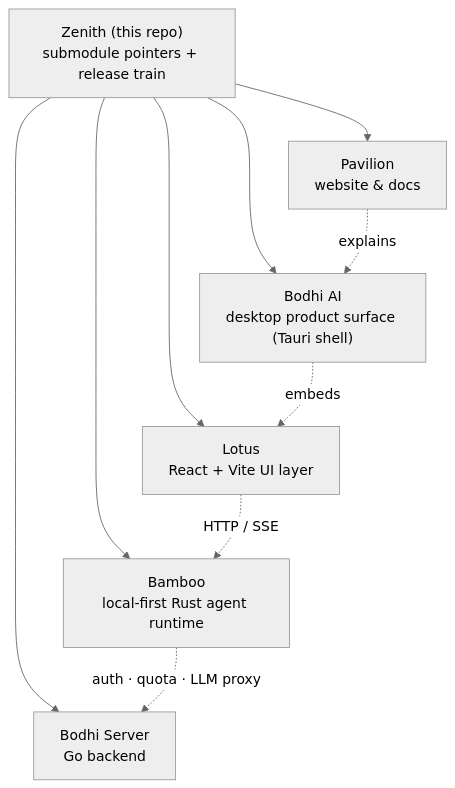
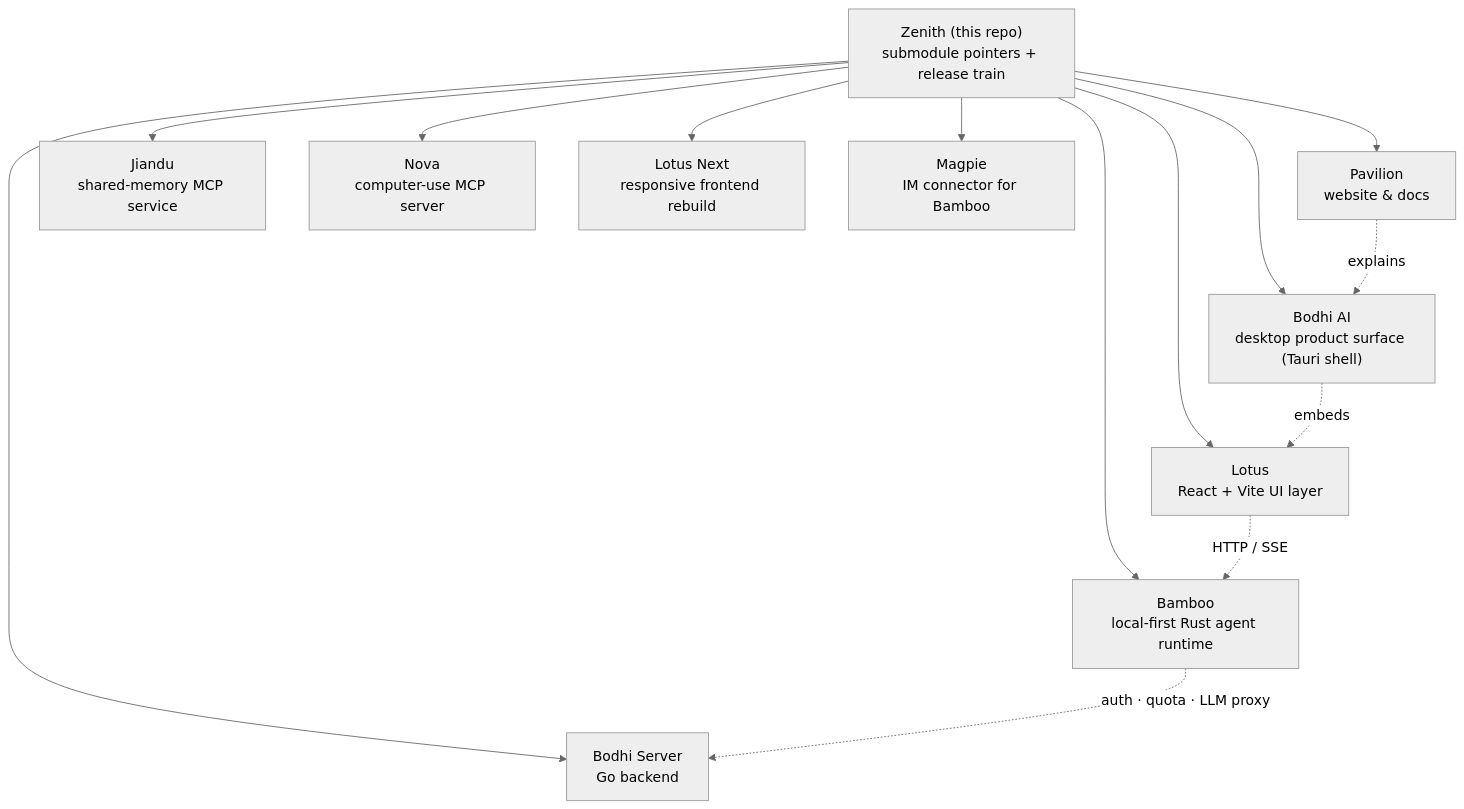
Before and after one commit to bigduu/Zenith: the diagram in README.md, drawn with Mermaid (neutral theme). The commit also changed other lines of this file and 3 other files, not shown here.

First line of the commit message:
docs: teach agents to use Jiandu shared memory (#142)

````diff
--- a/README.md
+++ b/README.md
@@ -45,15 +45,19 @@
 ```mermaid
 graph TD
   Z["Zenith (this repo)<br/>submodule pointers + release train"]
 
   Z --> B["Bodhi AI<br/>desktop product surface (Tauri shell)"]
   Z --> L["Lotus<br/>React + Vite UI layer"]
   Z --> R["Bamboo<br/>local-first Rust agent runtime"]
   Z --> S["Bodhi Server<br/>Go backend"]
   Z --> P["Pavilion<br/>website & docs"]
+  Z --> J["Jiandu<br/>shared-memory MCP service"]
+  Z --> N["Nova<br/>computer-use MCP server"]
+  Z --> LN["Lotus Next<br/>responsive frontend rebuild"]
+  Z --> M["Magpie<br/>IM connector for Bamboo"]
 
   B -. embeds .-> L
   L -. HTTP / SSE .-> R
   R -. auth · quota · LLM proxy .-> S
   P -. explains .-> B
 ```
````
